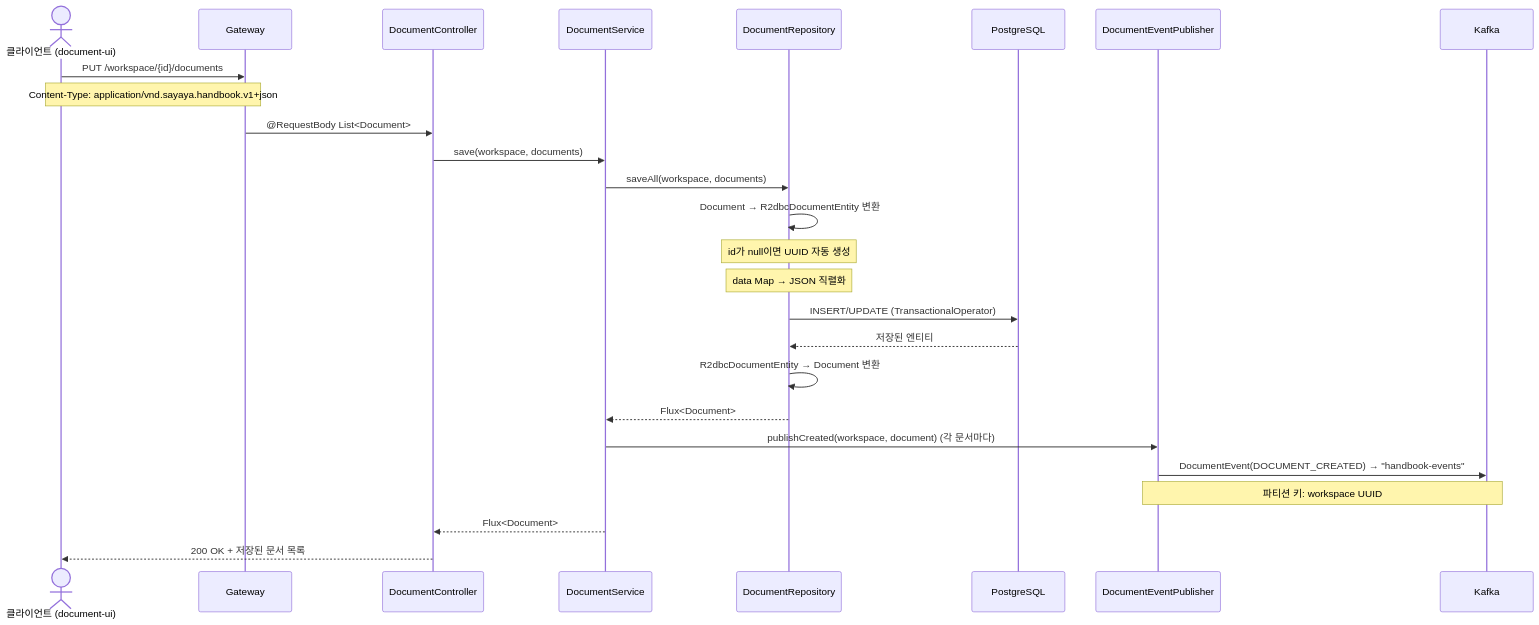
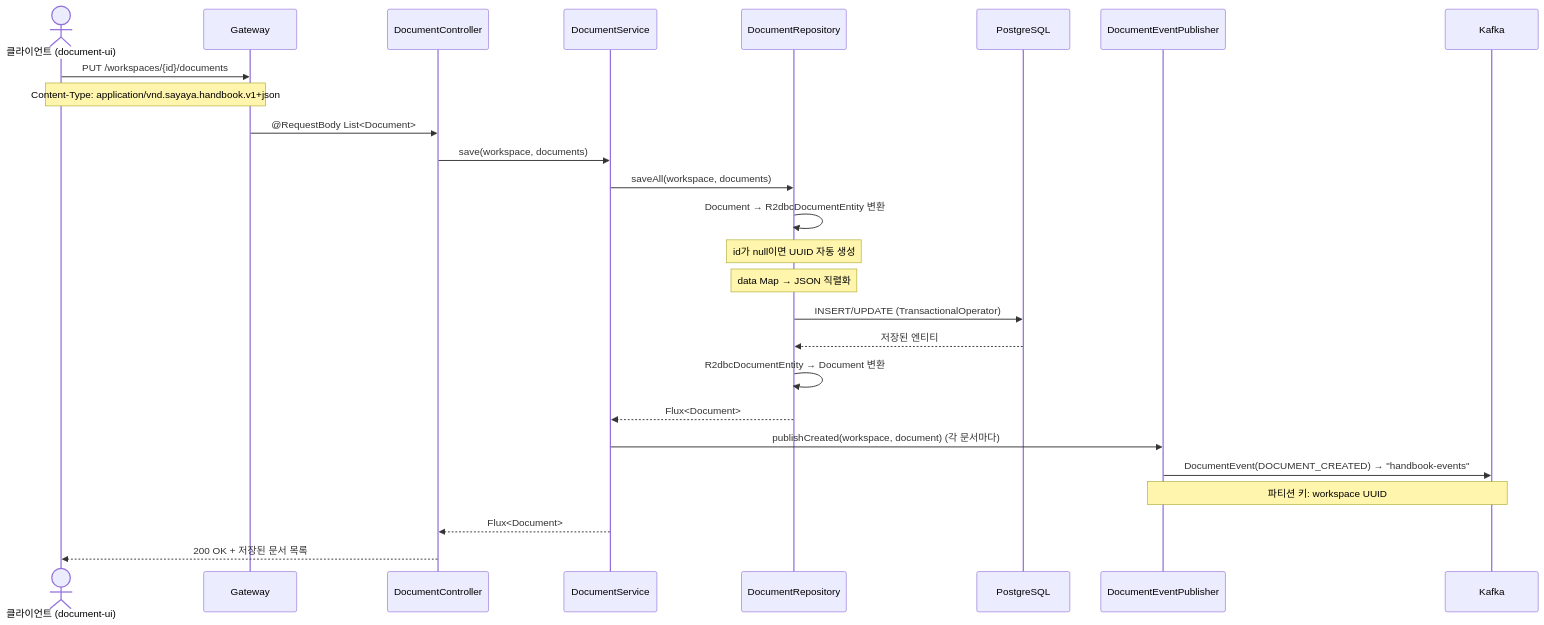
The first of 6 diagrams in document-command/USECASE.md (sayaya1090/handbook), drawn with Mermaid before and after one commit. The commit also changed other lines of this file and 58 other files, not shown here.

````diff
--- a/document-command/USECASE.md
+++ b/document-command/USECASE.md
@@ -5,29 +5,29 @@
 ```mermaid
 sequenceDiagram
     actor Client as 클라이언트 (document-ui)
     participant GW as Gateway
     participant Ctrl as DocumentController
     participant Svc as DocumentService
     participant Repo as DocumentRepository
     participant DB as PostgreSQL
     participant Pub as DocumentEventPublisher
     participant Kafka as Kafka
 
-    Client->>GW: PUT /workspace/{id}/documents
+    Client->>GW: PUT /workspaces/{id}/documents
     Note over Client,GW: Content-Type: application/vnd.sayaya.handbook.v1+json
     GW->>Ctrl: @RequestBody List<Document>
     Ctrl->>Svc: save(workspace, documents)
     Svc->>Repo: saveAll(workspace, documents)
     Repo->>Repo: Document → R2dbcDocumentEntity 변환
     Note over Repo: id가 null이면 UUID 자동 생성
     Note over Repo: data Map → JSON 직렬화
     Repo->>DB: INSERT/UPDATE (TransactionalOperator)
     DB-->>Repo: 저장된 엔티티
     Repo->>Repo: R2dbcDocumentEntity → Document 변환
     Repo-->>Svc: Flux<Document>
     Svc->>Pub: publishCreated(workspace, document) (각 문서마다)
     Pub->>Kafka: DocumentEvent(DOCUMENT_CREATED) → "handbook-events"
     Note over Pub,Kafka: 파티션 키: workspace UUID
     Svc-->>Ctrl: Flux<Document>
     Ctrl-->>Client: 200 OK + 저장된 문서 목록
 ```
````
